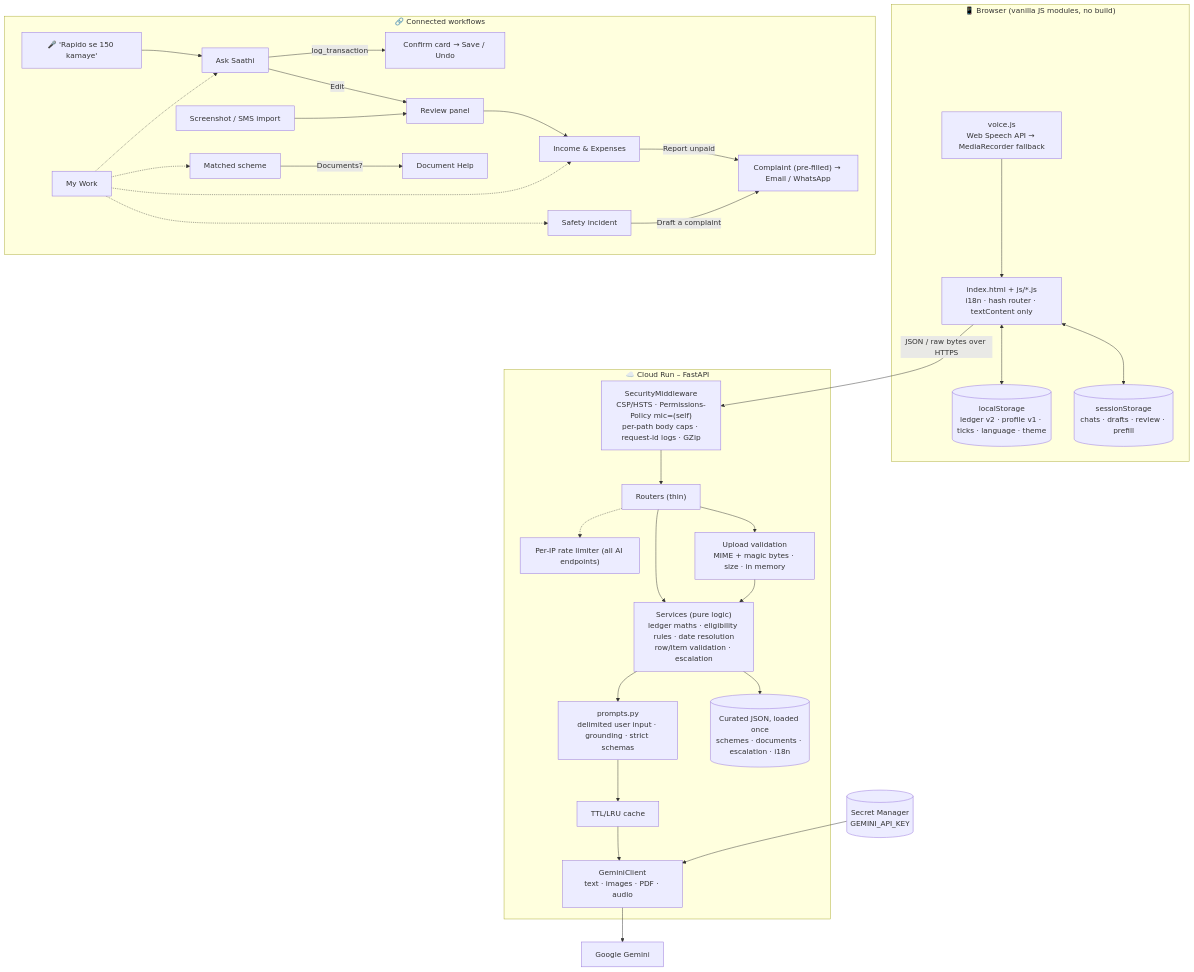
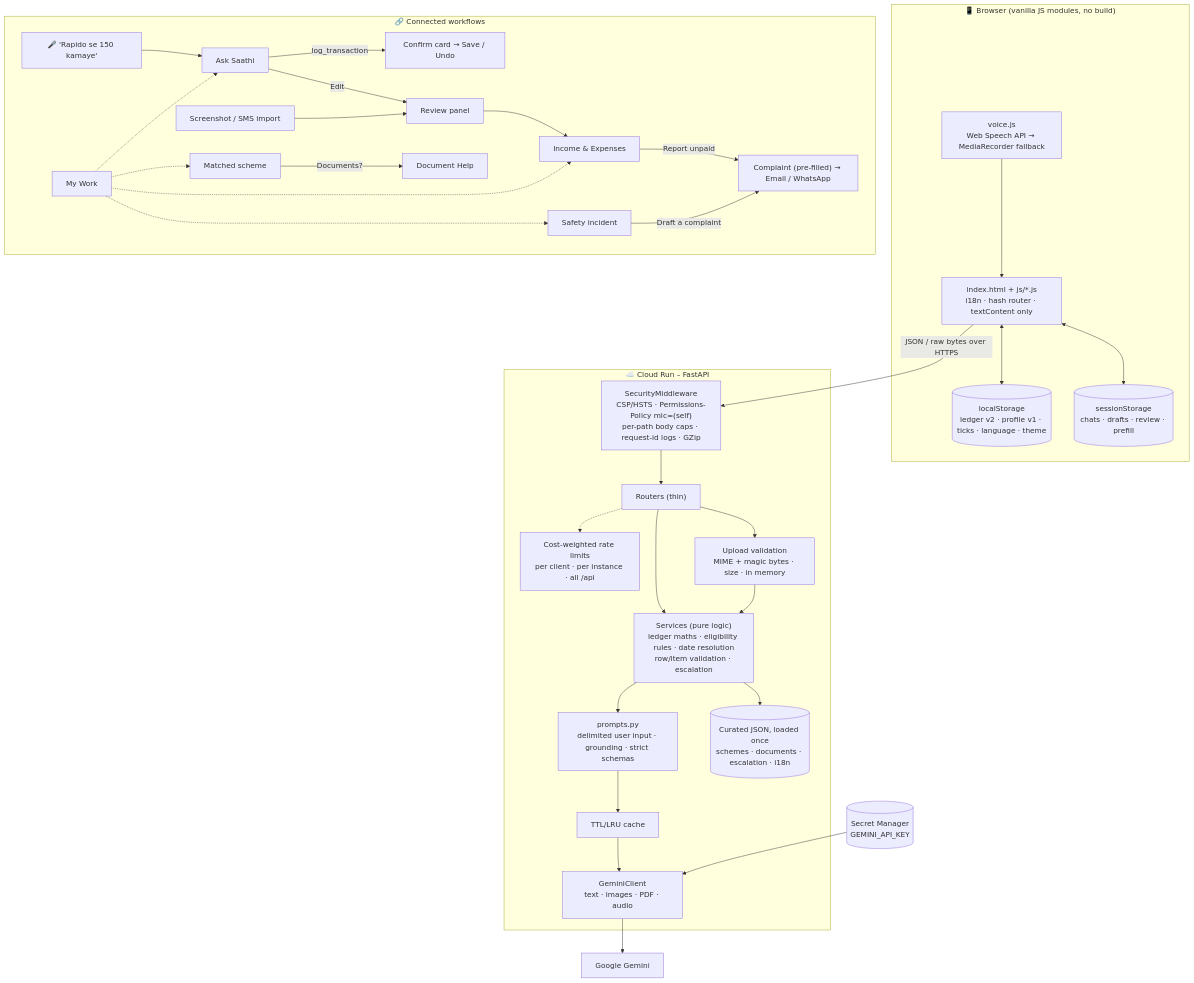
One commit to AryanBansal1/promptwar changed the diagram in README.md. Above: the diagram before and after it, drawn with Mermaid. The commit also changed other lines of this file and 2 other files, not shown here.

````diff
--- a/README.md
+++ b/README.md
@@ -63,46 +63,46 @@
 ```mermaid
 flowchart TB
   subgraph Browser["📱 Browser (vanilla JS modules, no build)"]
     UI["index.html + js/*.js<br/>i18n · hash router · textContent only"]
     MIC["voice.js<br/>Web Speech API → MediaRecorder fallback"]
     LS[("localStorage<br/>ledger v2 · profile v1 · ticks · language · theme")]
     SS[("sessionStorage<br/>chats · drafts · review · prefill")]
     UI <--> LS
     UI <--> SS
     MIC --> UI
   end
 
   subgraph CloudRun["☁️ Cloud Run – FastAPI"]
     MW["SecurityMiddleware<br/>CSP/HSTS · Permissions-Policy mic=(self)<br/>per-path body caps · request-id logs · GZip"]
-    RL["Per-IP rate limiter (all AI endpoints)"]
+    RL["Cost-weighted rate limits<br/>per client · per instance · all /api"]
     R["Routers (thin)"]
     V["Upload validation<br/>MIME + magic bytes · size · in memory"]
     S["Services (pure logic)<br/>ledger maths · eligibility rules · date resolution<br/>row/item validation · escalation"]
     P["prompts.py<br/>delimited user input · grounding · strict schemas"]
     C["TTL/LRU cache"]
     G["GeminiClient<br/>text · images · PDF · audio"]
     D[("Curated JSON, loaded once<br/>schemes · documents · escalation · i18n")]
     MW --> R --> S
     R -.-> RL
     R --> V --> S
     S --> D
     S --> P --> C --> G
   end
 
   SM[("Secret Manager<br/>GEMINI_API_KEY")] --> G
   G --> GEM["Google Gemini"]
   UI -- "JSON / raw bytes over HTTPS" --> MW
 
   subgraph Flows["🔗 Connected workflows"]
     direction LR
     VOICE["🎤 'Rapido se 150 kamaye'"] --> ASK["Ask Saathi"]
     ASK -- "log_transaction" --> CARD["Confirm card → Save / Undo"]
     ASK -- "Edit" --> REV["Review panel"]
     IMP["Screenshot / SMS import"] --> REV
     REV --> LED["Income & Expenses"]
     LED -- "Report unpaid" --> GR["Complaint (pre-filled) → Email / WhatsApp"]
     SC["Matched scheme"] -- "Documents?" --> DOC["Document Help"]
     SF["Safety incident"] -- "Draft a complaint" --> GR
     PROF["My Work"] -.-> LED & SC & SF & ASK
   end
 ```
````
